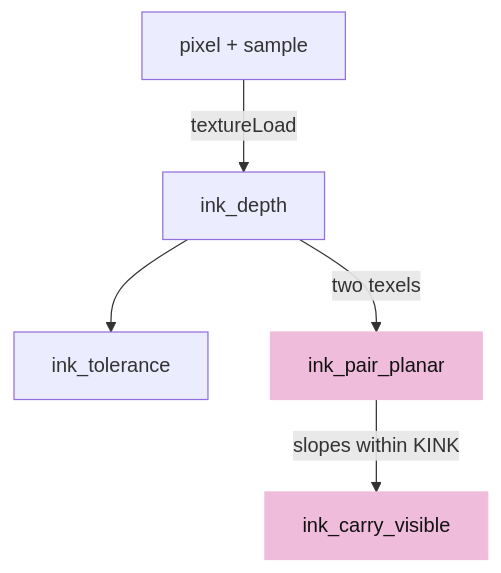
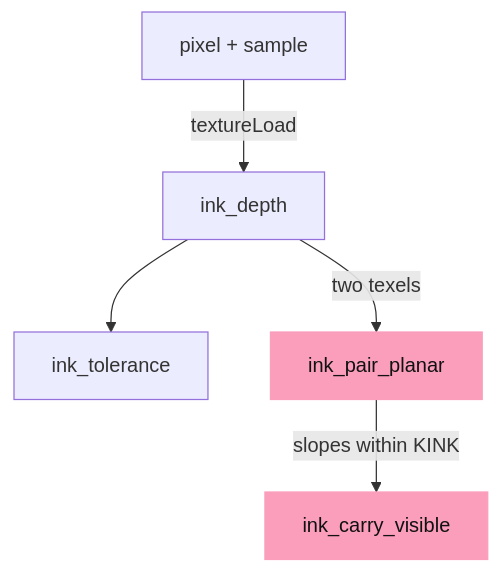
One commit to petrasvestartas/session changed the sixth of 15 diagrams in session_viewer/docs/05-visibility.md. Above: the diagram before and after it, drawn with Mermaid. The commit also changed other lines of this file and 328 other files, not shown here.

First line of the commit message:
Course: the palette you sent, and mermaid drawn like the drawings

````diff
--- a/session_viewer/docs/05-visibility.md
+++ b/session_viewer/docs/05-visibility.md
@@ -143,9 +143,9 @@
 ```mermaid
 flowchart TB
     P["pixel + sample"] -- "textureLoad" --> D["ink_depth"]
     D --> T["ink_tolerance"]
     D -- "two texels" --> N["ink_pair_planar"]
     N -- "slopes within KINK" --> C["ink_carry_visible"]
-    style N fill:#f0bcdb,stroke:#f0bcdb,color:#111
-    style C fill:#f0bcdb,stroke:#f0bcdb,color:#111
+    style N fill:#fa9ebc,stroke:#fa9ebc,color:#111
+    style C fill:#fa9ebc,stroke:#fa9ebc,color:#111
 ```
````
